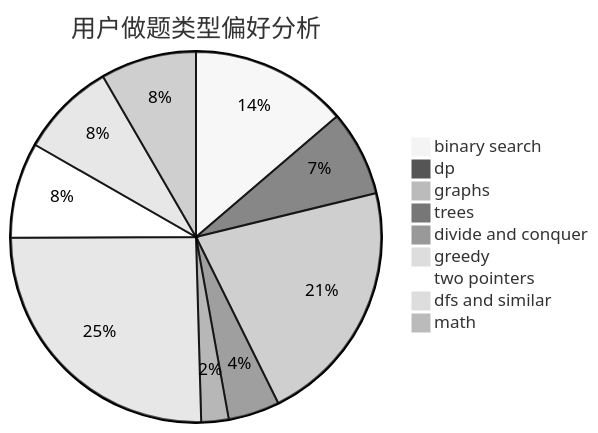
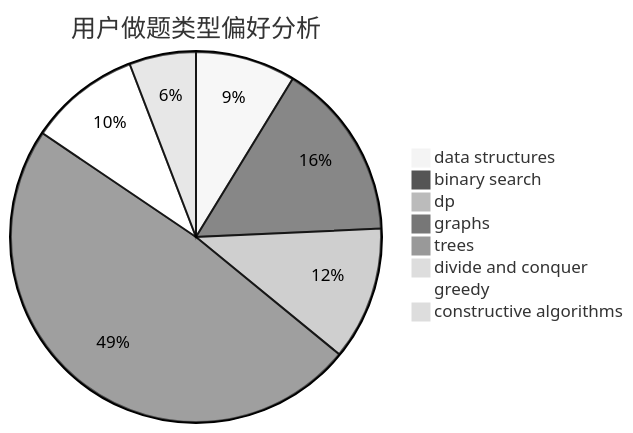
Before and after one commit to sherpahu/cfrs.github.io: the second of 3 diagrams in docs/user/u723.md, drawn with Mermaid (neutral theme). The commit also changed other lines of this file and 2775 other files, not shown here.

````diff
--- a/docs/user/u723.md
+++ b/docs/user/u723.md
@@ -23,12 +23,11 @@
 ```mermaid
 pie title 用户做题类型偏好分析
-    "binary search" :  46
-    "dp" :  25
-    "graphs" :  72
-    "trees" :  15
-    "divide and conquer" :  8
-    "greedy" :  85
-    "two pointers" :  28
-    "dfs and similar" :  28
-    "math" :  28
+    "data structures" :  9
+    "binary search" :  16
+    "dp" :  12
+    "graphs" :  50
+    "trees" :  0
+    "divide and conquer" :  0
+    "greedy" :  10
+    "constructive algorithms" :  6
 ```
````
